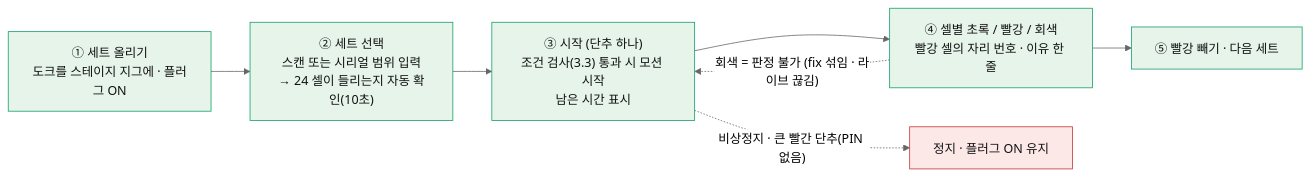
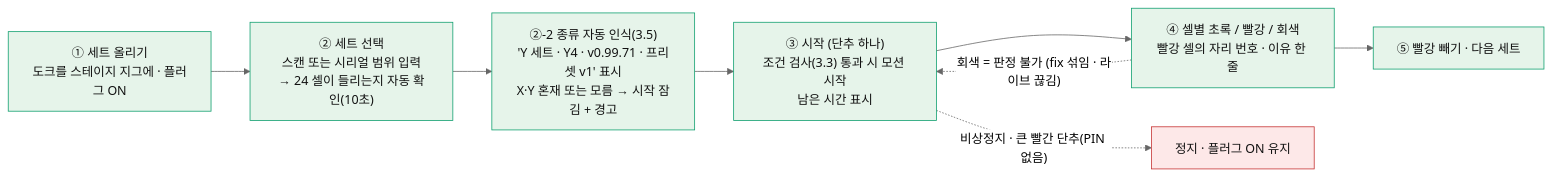
The eighth of 9 diagrams in dynamic-bench/plan/plan-v3.md (GeonwooKim-fitogether/QA-Automation-Test-Room), drawn with Mermaid (neutral theme) before and after one commit. The commit also changed other lines of this file and 1 other file, not shown here.

````diff
--- a/dynamic-bench/plan/plan-v3.md
+++ b/dynamic-bench/plan/plan-v3.md
@@ -377,11 +439,12 @@
 ```mermaid
 flowchart LR
   classDef s fill:#e6f4ea,stroke:#0E9F6E,color:#111
   classDef r fill:#fde8e8,stroke:#c53030,color:#111
   s0["① 세트 올리기<br/>도크를 스테이지 지그에 · 플러그 ON"]:::s --> s1["② 세트 선택<br/>스캔 또는 시리얼 범위 입력<br/>→ 24 셀이 들리는지 자동 확인(10초)"]:::s
-  s1 --> s2["③ 시작 (단추 하나)<br/>조건 검사(3.3) 통과 시 모션 시작<br/>남은 시간 표시"]:::s
+  s1 --> s1b["②-2 종류 자동 인식(3.5)<br/>'Y 세트 · Y4 · v0.99.71 · 프리셋 v1' 표시<br/>X·Y 혼재 또는 모름 → 시작 잠김 + 경고"]:::s
+  s1b --> s2["③ 시작 (단추 하나)<br/>조건 검사(3.3) 통과 시 모션 시작<br/>남은 시간 표시"]:::s
   s2 --> s3["④ 셀별 초록 / 빨강 / 회색<br/>빨강 셀의 자리 번호 · 이유 한 줄"]:::s
   s3 --> s4["⑤ 빨강 빼기 · 다음 세트"]:::s
   s2 -.->|"비상정지 · 큰 빨간 단추(PIN 없음)"| stop["정지 · 플러그 ON 유지"]:::r
   s3 -.->|"회색 = 판정 불가 (fix 섞임 · 라이브 끊김)"| s2
 ```
````
